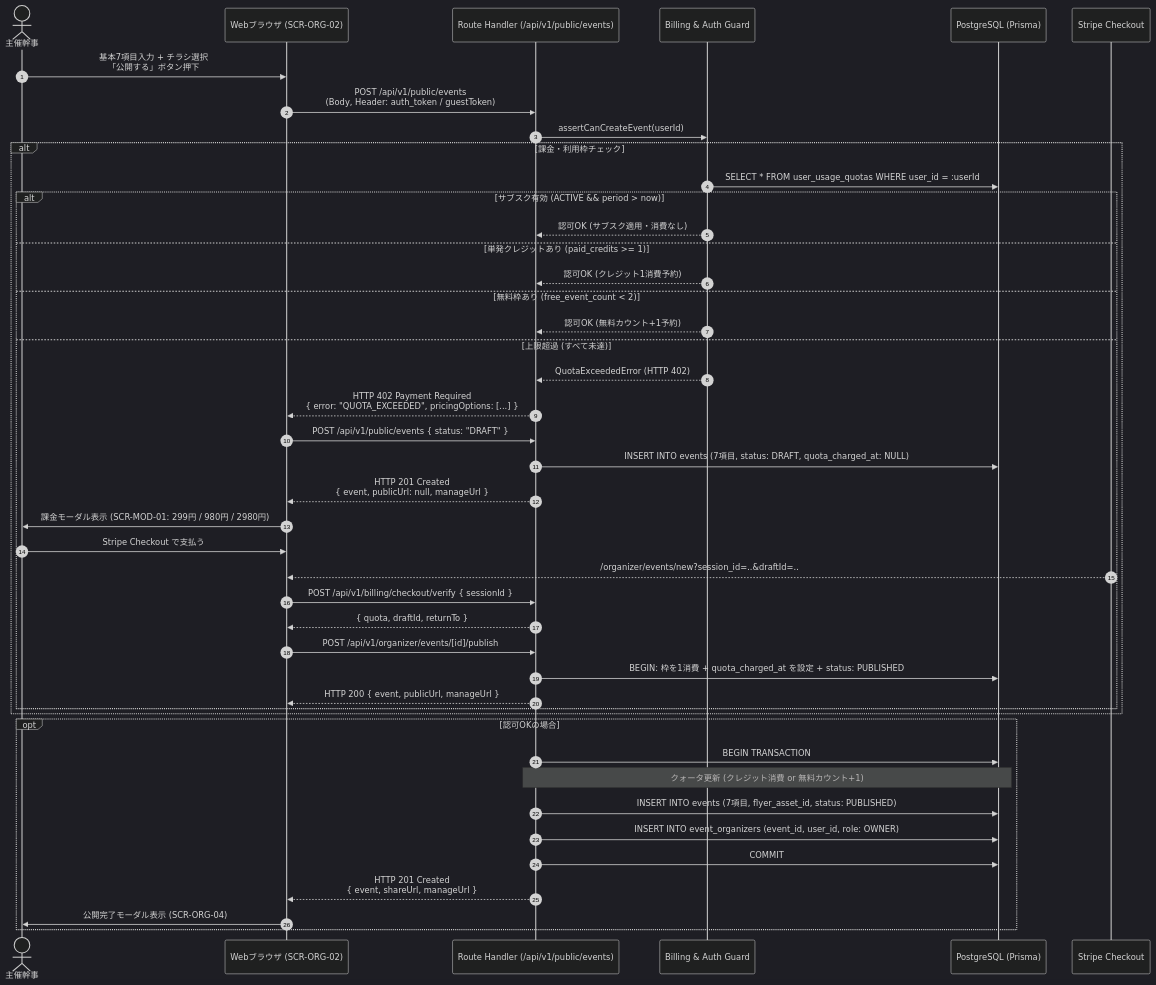
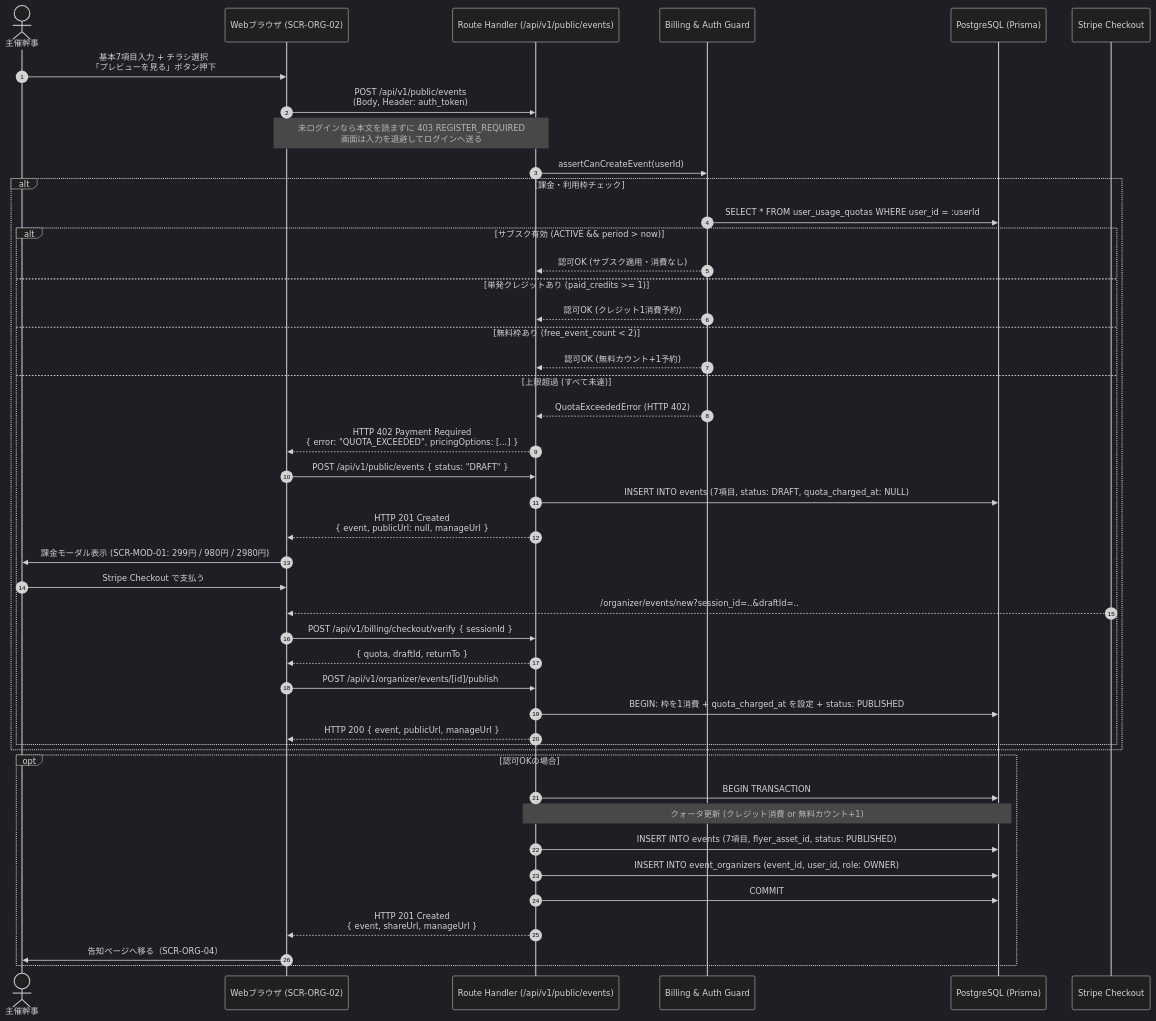
Before and after one commit to HirofumiSato/EventKreater: the second of 9 diagrams in docs/backend_api_implementation_spec.md, drawn with Mermaid (dark theme). The commit also changed other lines of this file and 66 other files, not shown here.

````diff
--- a/docs/backend_api_implementation_spec.md
+++ b/docs/backend_api_implementation_spec.md
@@ -142,46 +142,47 @@
 ```mermaid
 sequenceDiagram
     autonumber
     actor Organizer as 主催幹事
     participant Client as Webブラウザ (SCR-ORG-02)
     participant Route as Route Handler (/api/v1/public/events)
     participant Guard as Billing & Auth Guard
     participant DB as PostgreSQL (Prisma)
     participant Stripe as Stripe Checkout
-    Organizer->>Client: 基本7項目入力 + チラシ選択<br/>「公開する」ボタン押下
-    Client->>Route: POST /api/v1/public/events<br/>(Body, Header: auth_token / guestToken)
+    Organizer->>Client: 基本7項目入力 + チラシ選択<br/>「プレビューを見る」ボタン押下
+    Client->>Route: POST /api/v1/public/events<br/>(Body, Header: auth_token)
+    Note over Route,Client: 未ログインなら本文を読まずに 403 REGISTER_REQUIRED<br/>画面は入力を退避してログインへ送る
     Route->>Guard: assertCanCreateEvent(userId)
     alt 課金・利用枠チェック
         Guard->>DB: SELECT * FROM user_usage_quotas WHERE user_id = :userId
         alt サブスク有効 (ACTIVE && period > now)
             Guard-->>Route: 認可OK (サブスク適用・消費なし)
         else 単発クレジットあり (paid_credits >= 1)
             Guard-->>Route: 認可OK (クレジット1消費予約)
         else 無料枠あり (free_event_count < 2)
             Guard-->>Route: 認可OK (無料カウント+1予約)
         else 上限超過 (すべて未達)
             Guard-->>Route: QuotaExceededError (HTTP 402)
             Route-->>Client: HTTP 402 Payment Required<br/>{ error: "QUOTA_EXCEEDED", pricingOptions: [...] }
             Client->>Route: POST /api/v1/public/events { status: "DRAFT" }
             Route->>DB: INSERT INTO events (7項目, status: DRAFT, quota_charged_at: NULL)
             Route-->>Client: HTTP 201 Created<br/>{ event, publicUrl: null, manageUrl }
             Client->>Organizer: 課金モーダル表示 (SCR-MOD-01: 299円 / 980円 / 2980円)
             Organizer->>Client: Stripe Checkout で支払う
             Stripe-->>Client: /organizer/events/new?session_id=..&draftId=..
             Client->>Route: POST /api/v1/billing/checkout/verify { sessionId }
             Route-->>Client: { quota, draftId, returnTo }
             Client->>Route: POST /api/v1/organizer/events/[id]/publish
             Route->>DB: BEGIN: 枠を1消費 + quota_charged_at を設定 + status: PUBLISHED
             Route-->>Client: HTTP 200 { event, publicUrl, manageUrl }
         end
     end
     opt 認可OKの場合
         Route->>DB: BEGIN TRANSACTION
         Note over Route,DB: クォータ更新 (クレジット消費 or 無料カウント+1)
         Route->>DB: INSERT INTO events (7項目, flyer_asset_id, status: PUBLISHED)
         Route->>DB: INSERT INTO event_organizers (event_id, user_id, role: OWNER)
         Route->>DB: COMMIT
         Route-->>Client: HTTP 201 Created<br/>{ event, shareUrl, manageUrl }
-        Client->>Organizer: 公開完了モーダル表示 (SCR-ORG-04)
+        Client->>Organizer: 告知ページへ移る（SCR-ORG-04）
     end
 ```
````
